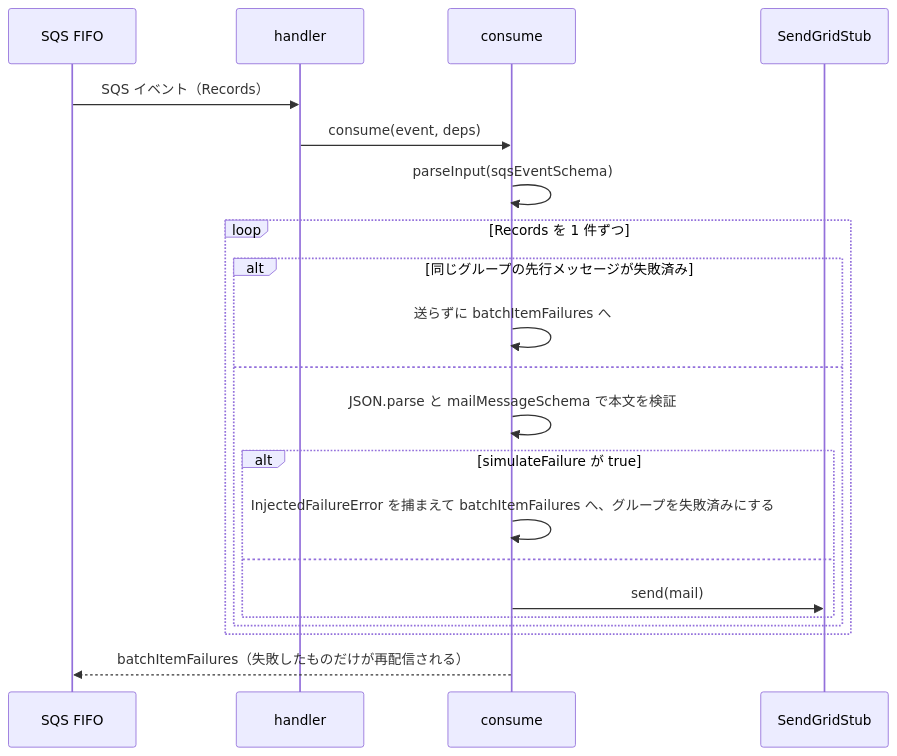
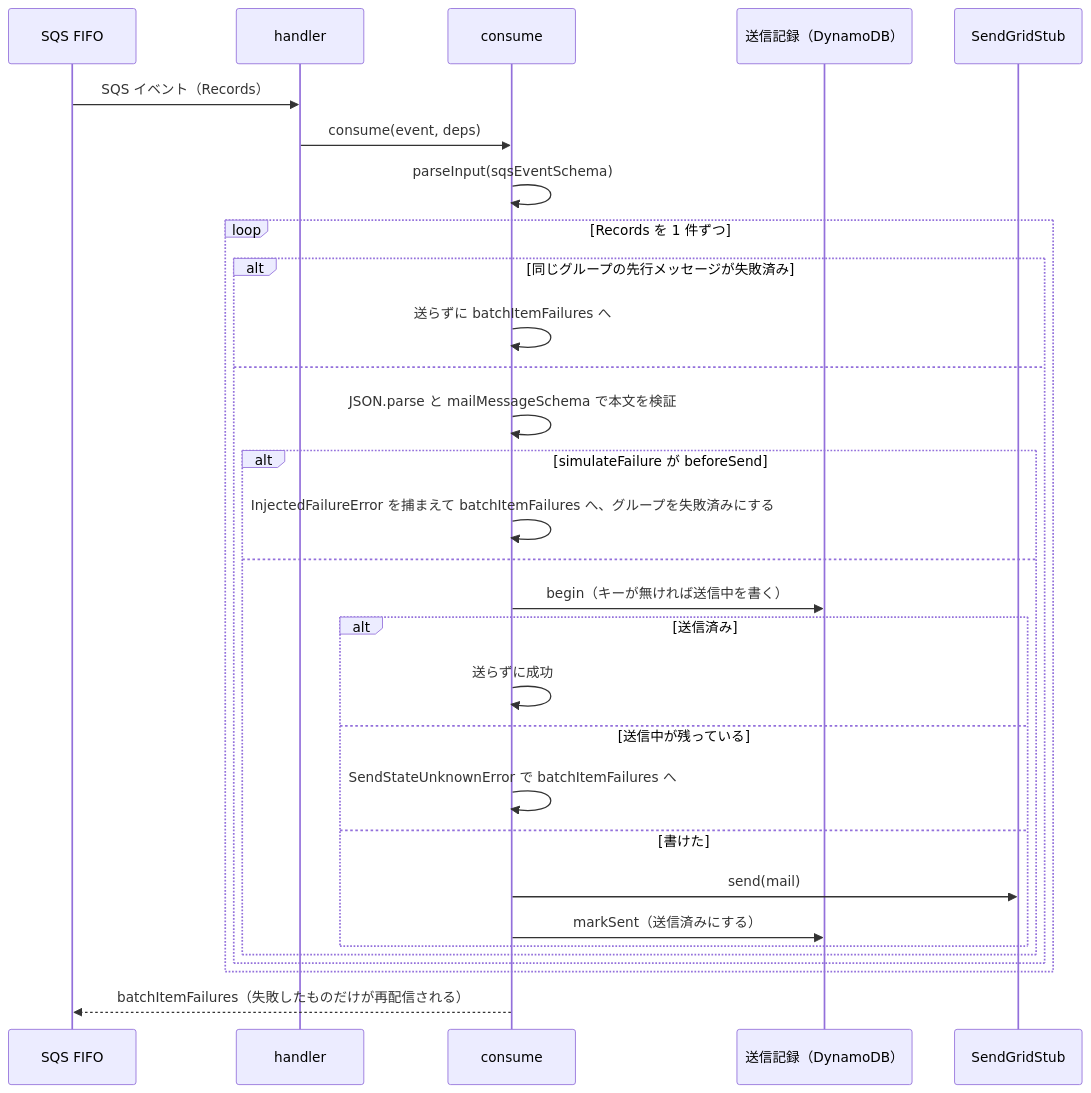
One commit to kojikawazu/serverless-practice-app changed the second of 4 diagrams in docs/code-reading/functions/02-flow.md. Above: the diagram before and after it, drawn with Mermaid. The commit also changed other lines of this file and 46 other files, not shown here.

````diff
--- a/docs/code-reading/functions/02-flow.md
+++ b/docs/code-reading/functions/02-flow.md
@@ -58,23 +58,32 @@
 ```mermaid
 sequenceDiagram
     participant Q as SQS FIFO
     participant H as handler
     participant C as consume
+    participant R as 送信記録（DynamoDB）
     participant M as SendGridStub
     Q->>H: SQS イベント（Records）
     H->>C: consume(event, deps)
     C->>C: parseInput(sqsEventSchema)
     loop Records を 1 件ずつ
         alt 同じグループの先行メッセージが失敗済み
             C->>C: 送らずに batchItemFailures へ
         else
             C->>C: JSON.parse と mailMessageSchema で本文を検証
-            alt simulateFailure が true
+            alt simulateFailure が beforeSend
                 C->>C: InjectedFailureError を捕まえて batchItemFailures へ、グループを失敗済みにする
             else
-                C->>M: send(mail)
+                C->>R: begin（キーが無ければ送信中を書く）
+                alt 送信済み
+                    C->>C: 送らずに成功
+                else 送信中が残っている
+                    C->>C: SendStateUnknownError で batchItemFailures へ
+                else 書けた
+                    C->>M: send(mail)
+                    C->>R: markSent（送信済みにする）
+                end
             end
         end
     end
     C-->>Q: batchItemFailures（失敗したものだけが再配信される）
 ```
````
